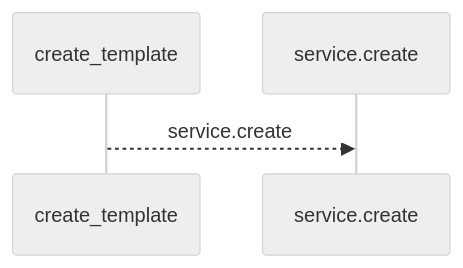
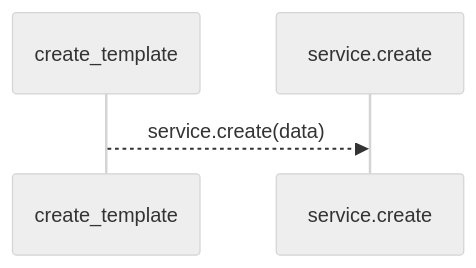
One commit to Denissvgn/WorkChord changed the first of 2 diagrams in docs/llm_wiki/flows/http-create_template.md. Above: the diagram before and after it, drawn with Mermaid (neutral theme). The commit also changed other lines of this file and 25171 other files, not shown here.

````diff
--- a/docs/llm_wiki/flows/http-create_template.md
+++ b/docs/llm_wiki/flows/http-create_template.md
@@ -10,6 +12,6 @@
 ```mermaid
 sequenceDiagram
     participant p0 as create_template
     participant p1 as service.create
-    p0-->>p1: service.create
+    p0-->>p1: service.create(data)
 ```
````
